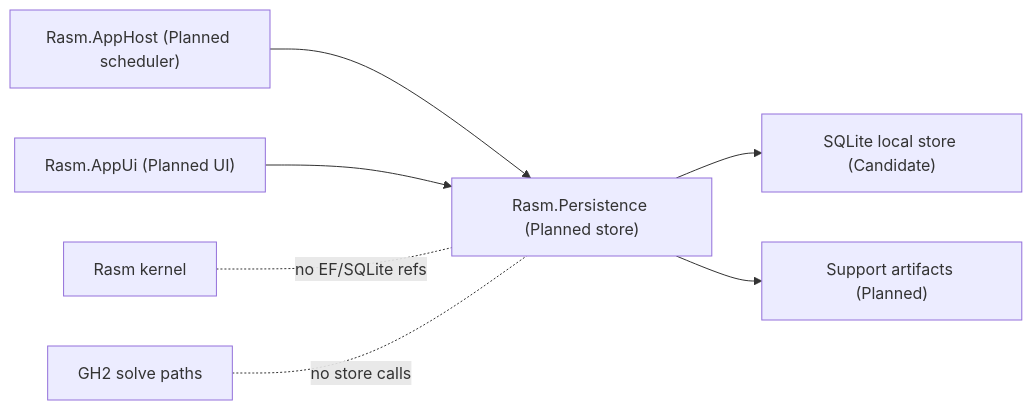
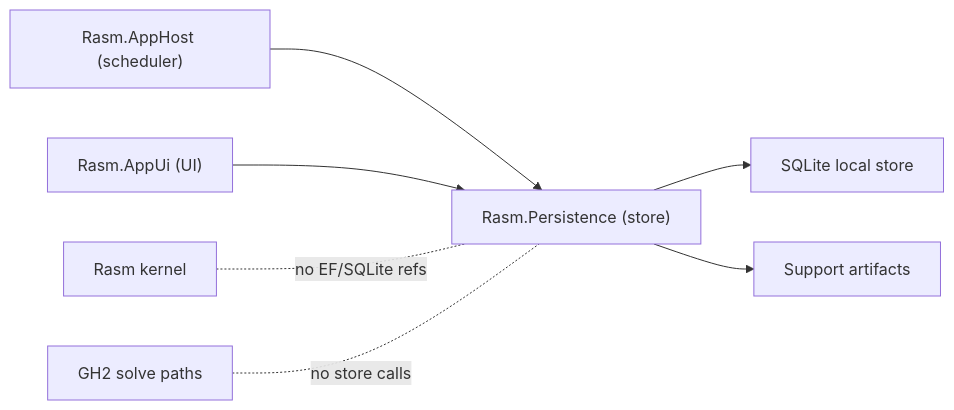
The diagram in libs/csharp/Rasm.Persistence/_ARCHITECTURE.md (bsamiee/Rasm), drawn with Mermaid before and after one commit. The commit also changed other lines of this file and 52 other files, not shown here.

````diff
--- a/libs/csharp/Rasm.Persistence/_ARCHITECTURE.md
+++ b/libs/csharp/Rasm.Persistence/_ARCHITECTURE.md
@@ -14,9 +14,9 @@
 ```mermaid
 flowchart LR
-    AppHost["Rasm.AppHost (Planned scheduler)"] --> Persistence["Rasm.Persistence (Planned store)"]
-    AppUi["Rasm.AppUi (Planned UI)"] --> Persistence
-    Persistence --> SQLite["SQLite local store (Candidate)"]
-    Persistence --> Support["Support artifacts (Planned)"]
+    AppHost["Rasm.AppHost (scheduler)"] --> Persistence["Rasm.Persistence (store)"]
+    AppUi["Rasm.AppUi (UI)"] --> Persistence
+    Persistence --> SQLite["SQLite local store"]
+    Persistence --> Support["Support artifacts"]
     Rasm["Rasm kernel"] -. "no EF/SQLite refs" .- Persistence
     GH["GH2 solve paths"] -. "no store calls" .- Persistence
 ```
````
